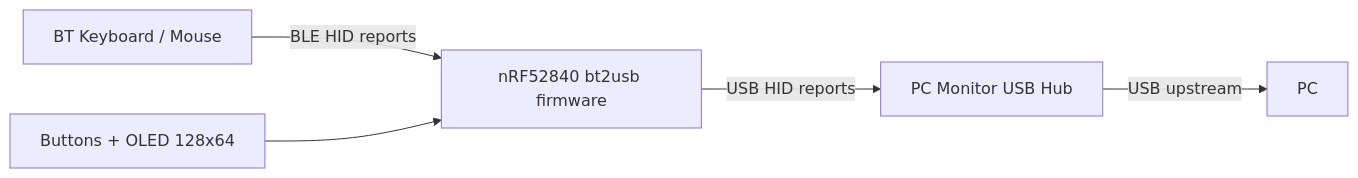
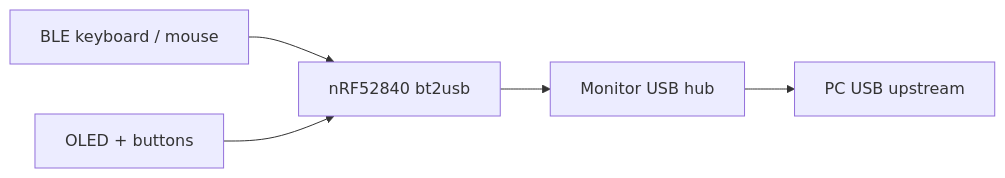
The diagram in README.md (chefzaid/bt2usb), drawn with Mermaid before and after one commit. The commit also changed other lines of this file and 97 other files, not shown here.

````diff
--- a/README.md
+++ b/README.md
@@ -18,7 +9,7 @@
 ```mermaid
 flowchart LR
-    BT["BT Keyboard / Mouse"] -->|BLE HID reports| FW["nRF52840 bt2usb firmware"]
-    FW -->|USB HID reports| MON["PC Monitor USB Hub"]
-    MON -->|USB upstream| PC["PC"]
-    UI["Buttons + OLED 128x64"] --> FW
+    BT[BLE keyboard / mouse] --> FW[nRF52840 bt2usb]
+    FW --> HUB[Monitor USB hub]
+    HUB --> PC[PC USB upstream]
+    UI[OLED + buttons] --> FW
 ```
````
